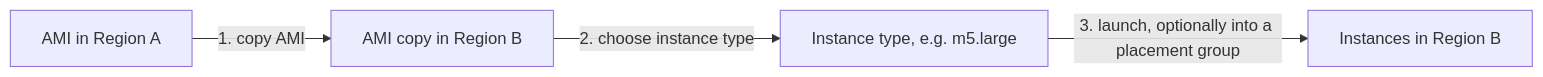
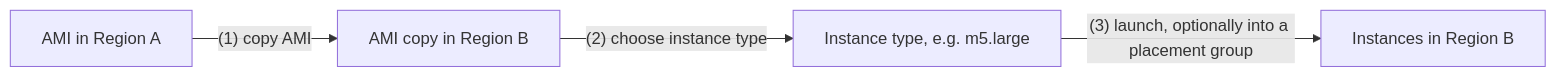
Before and after one commit to firmanains/Belajar: the second of 3 diagrams in AWS/SAA/ec2/ec2-fundamentals.md, drawn with Mermaid. The commit also changed 14 other files, not shown here.

First line of the commit message:
Fix Mermaid labels that rendered as "Unsupported markdown"

````diff
--- a/AWS/SAA/ec2/ec2-fundamentals.md
+++ b/AWS/SAA/ec2/ec2-fundamentals.md
@@ -66,6 +66,6 @@
 ```mermaid
 flowchart LR
-  a["AMI in Region A"] -->|1. copy AMI| b["AMI copy in Region B"]
-  b -->|2. choose instance type| t["Instance type, e.g. m5.large"]
-  t -->|3. launch, optionally into a placement group| i["Instances in Region B"]
+  a["AMI in Region A"] -->|"(1) copy AMI"| b["AMI copy in Region B"]
+  b -->|"(2) choose instance type"| t["Instance type, e.g. m5.large"]
+  t -->|"(3) launch, optionally into a placement group"| i["Instances in Region B"]
 ```
````
